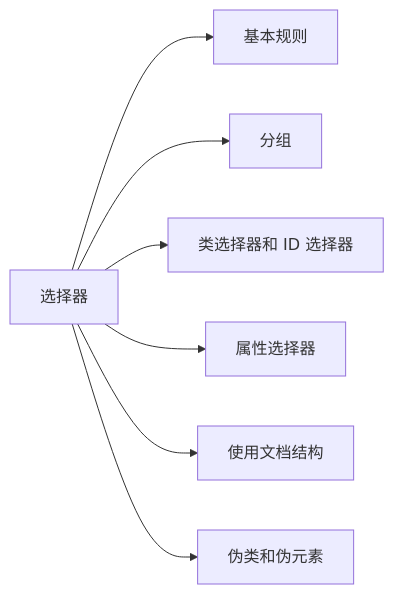
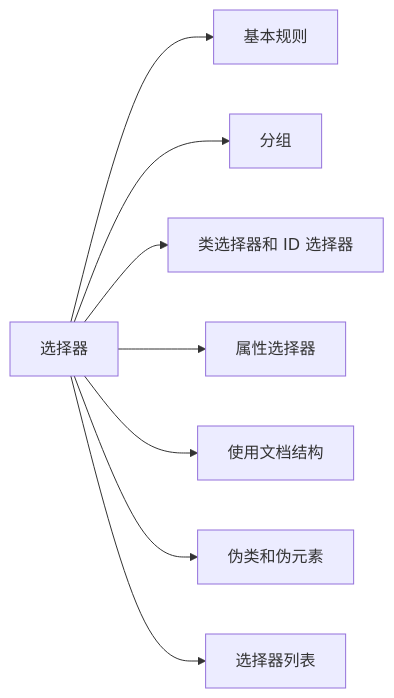
The first of 2 diagrams in technical-articles/css-the-definitive-guide/section-2.md (soonfy/technical-knowledge), drawn with Mermaid before and after one commit. The commit also changed other lines of this file and 1 other file, not shown here.

````diff
--- a/technical-articles/css-the-definitive-guide/section-2.md
+++ b/technical-articles/css-the-definitive-guide/section-2.md
@@ -3,9 +3,10 @@
 ```mermaid
 graph LR;
 选择器-->基本规则
 选择器-->分组
 选择器-->类和ID[类选择器和 ID 选择器]
 选择器-->属性选择器
 选择器-->使用文档结构
 选择器-->伪类和伪元素
+选择器-->选择器列表
 ```
````
